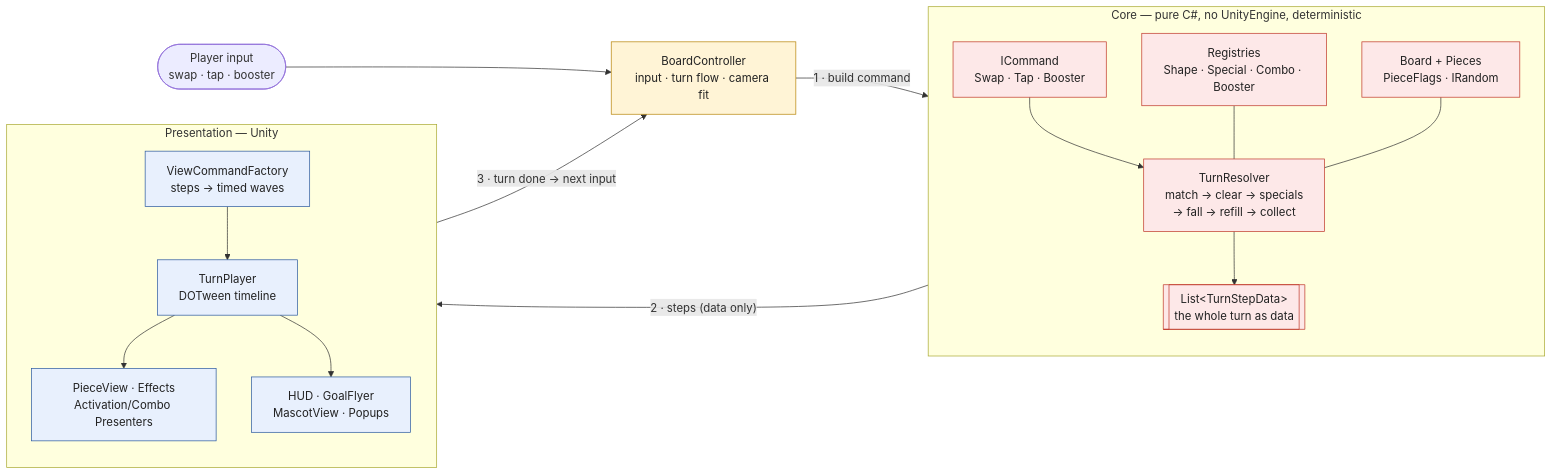
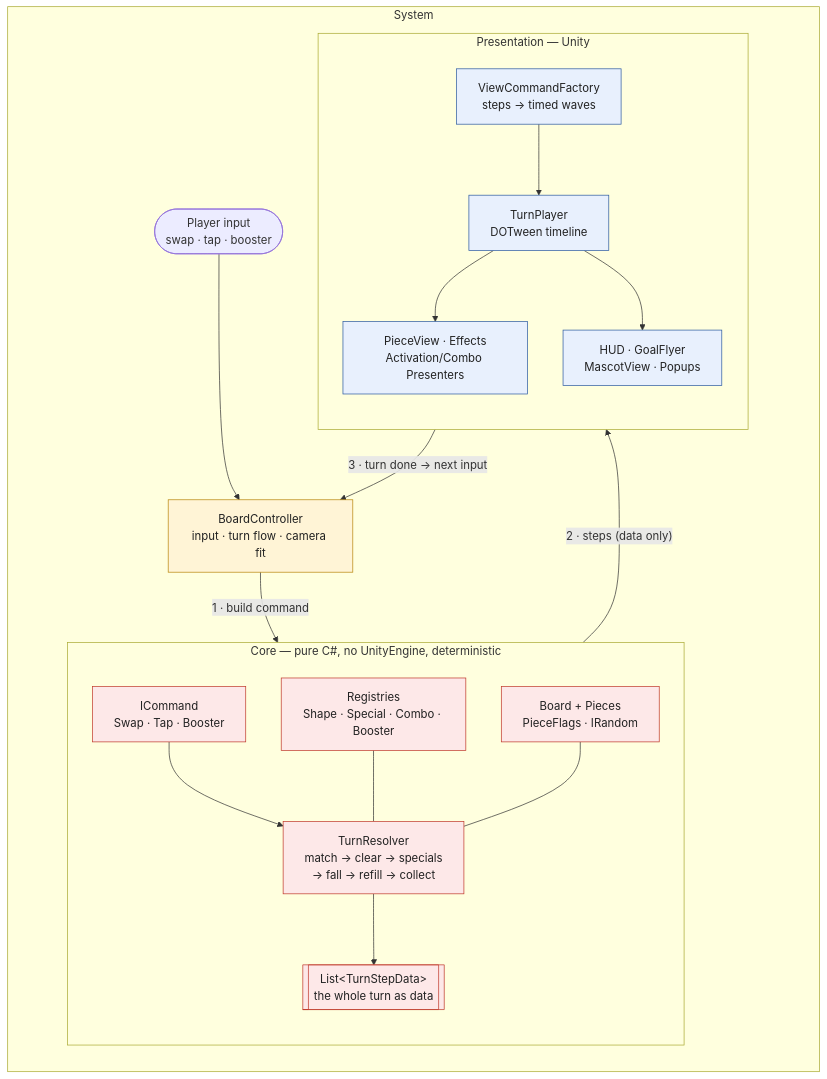
Before and after one commit to samiloztoprak/match3: the diagram in README.md, drawn with Mermaid.

Commit message:
Enhance flowchart in README with system details
Updated the flowchart in the README to include additional details about the system architecture.

````diff
--- a/README.md
+++ b/README.md
@@ -84,41 +84,43 @@
 ```mermaid
 flowchart LR
     Input(["Player input<br/>swap · tap · booster"])
-
+ subgraph System["System"]
     subgraph Core["Core — pure C#, no UnityEngine, deterministic"]
         direction TB
         CMD["ICommand<br/>Swap · Tap · Booster"]
         TR["TurnResolver<br/>match → clear → specials<br/>→ fall → refill → collect"]
         REG["Registries<br/>Shape · Special · Combo · Booster"]
         BRD["Board + Pieces<br/>PieceFlags · IRandom"]
         STEPS[["List&lt;TurnStepData&gt;<br/>the whole turn as data"]]
         CMD --> TR
         REG --- TR
         BRD --- TR
         TR --> STEPS
     end
 
+   
     subgraph Pres["Presentation — Unity"]
         direction TB
         VCF["ViewCommandFactory<br/>steps → timed waves"]
         TP["TurnPlayer<br/>DOTween timeline"]
         PV["PieceView · Effects<br/>Activation/Combo Presenters"]
         UI["HUD · GoalFlyer<br/>MascotView · Popups"]
         VCF --> TP --> PV
         TP --> UI
     end
 
     BCtrl["BoardController<br/>input · turn flow · camera fit"]
 
     Input --> BCtrl
     BCtrl -->|"1 · build command"| CMD
     STEPS -->|"2 · steps (data only)"| VCF
     TP -->|"3 · turn done → next input"| BCtrl
 
     classDef core fill:#fde8e8,stroke:#c0392b,color:#222
     classDef pres fill:#e8f0fd,stroke:#2c5aa0,color:#222
     classDef ctrl fill:#fff4d6,stroke:#b8860b,color:#222
     class CMD,TR,REG,BRD,STEPS core
     class VCF,TP,PV,UI pres
     class BCtrl ctrl
+  end
 ```
````
